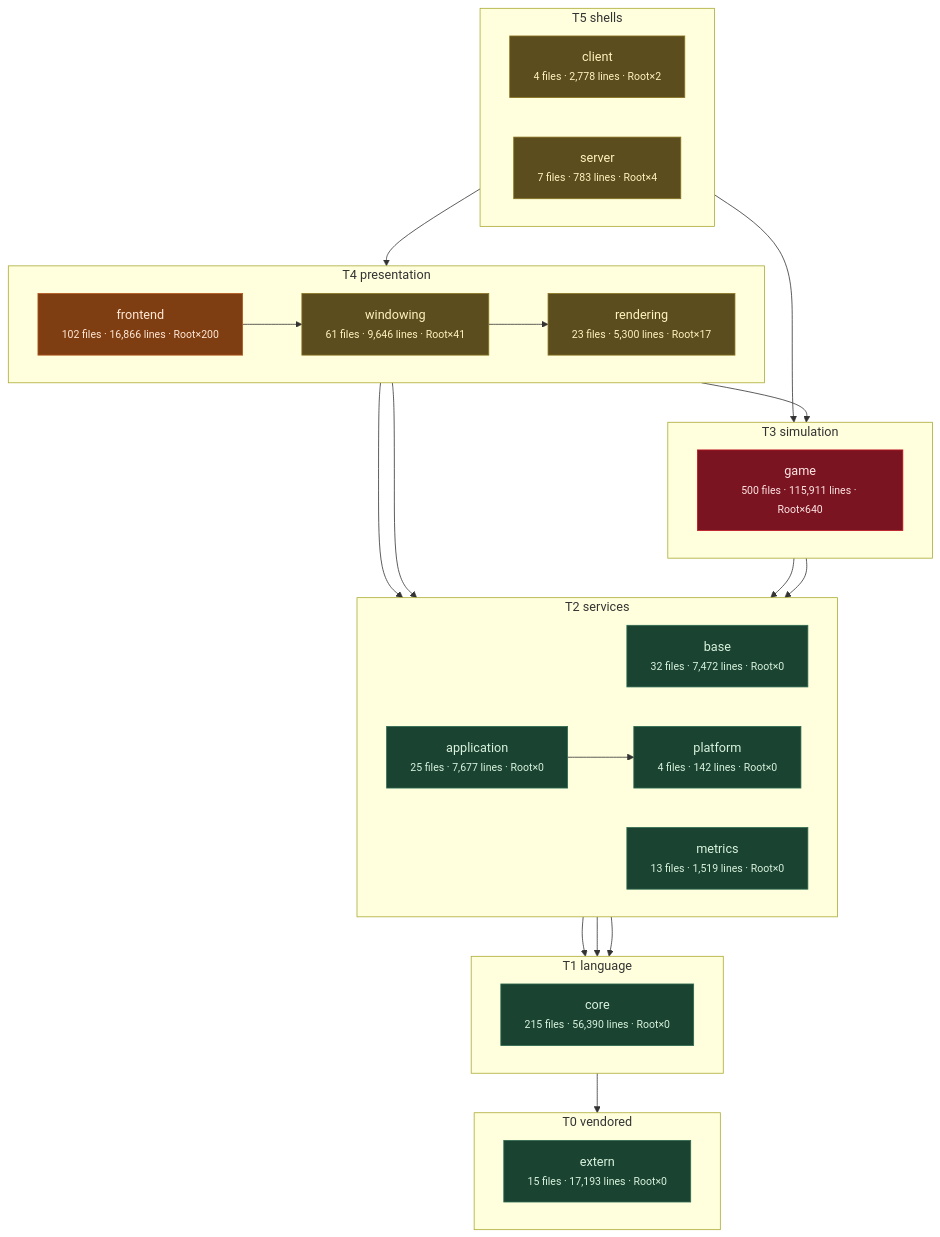
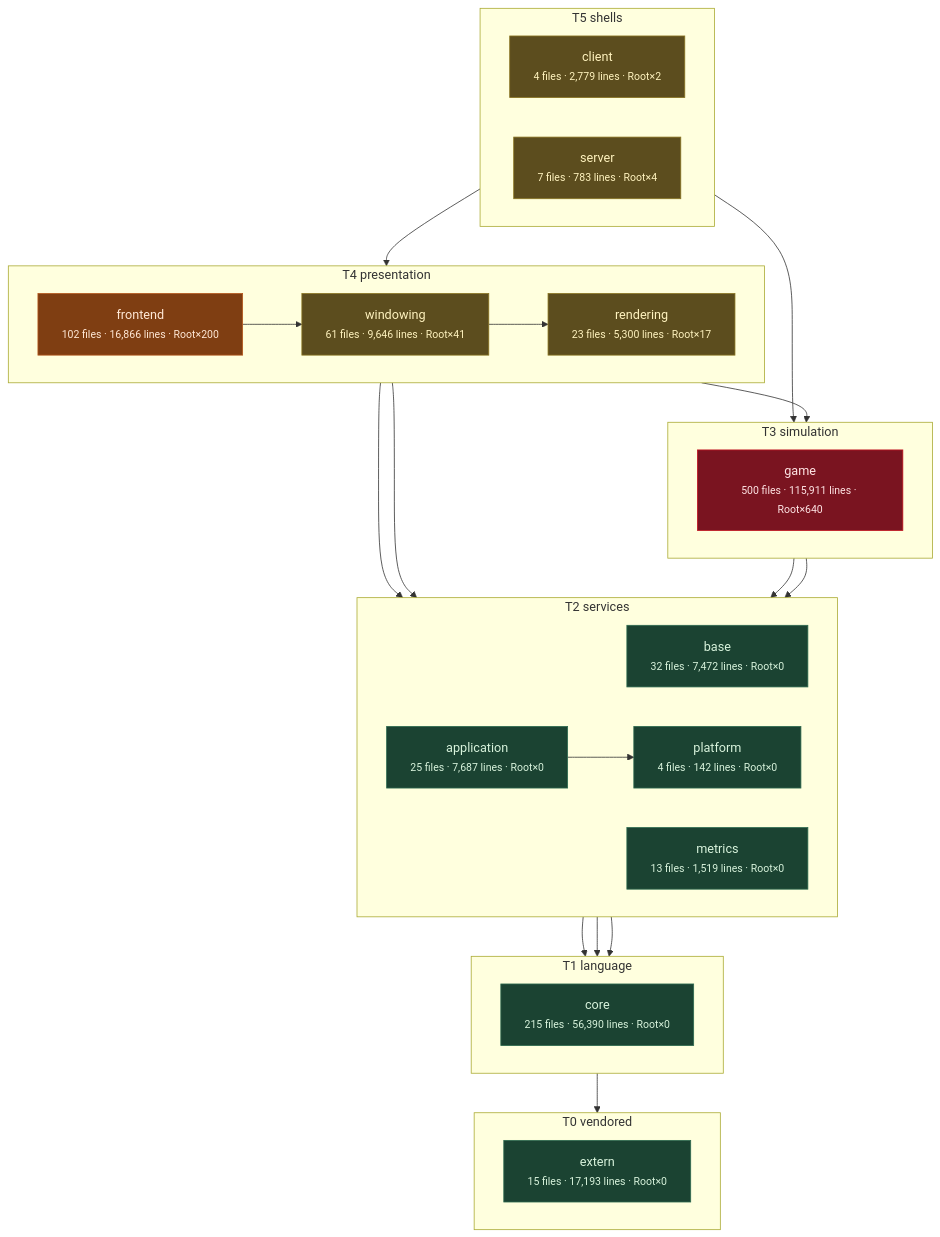
The third of 11 diagrams in docs/architecture/system-boundaries.md (apnex/OpenStarbound), drawn with Mermaid before and after one commit. The commit also changed other lines of this file and 2 other files, not shown here.

````diff
--- a/docs/architecture/system-boundaries.md
+++ b/docs/architecture/system-boundaries.md
@@ -271,55 +271,55 @@
 ```mermaid
 flowchart TD
   subgraph T0["T0 vendored"]
     direction LR
     extern["extern<br/><small>15 files · 17,193 lines · Root×0</small>"]
   end
   subgraph T1["T1 language"]
     direction LR
     core["core<br/><small>215 files · 56,390 lines · Root×0</small>"]
   end
   subgraph T2["T2 services"]
     direction LR
     base["base<br/><small>32 files · 7,472 lines · Root×0</small>"]
     metrics["metrics<br/><small>13 files · 1,519 lines · Root×0</small>"]
     platform["platform<br/><small>4 files · 142 lines · Root×0</small>"]
-    application["application<br/><small>25 files · 7,677 lines · Root×0</small>"]
+    application["application<br/><small>25 files · 7,687 lines · Root×0</small>"]
   end
   subgraph T3["T3 simulation"]
     direction LR
     game["game<br/><small>500 files · 115,911 lines · Root×640</small>"]
   end
   subgraph T4["T4 presentation"]
     direction LR
     rendering["rendering<br/><small>23 files · 5,300 lines · Root×17</small>"]
     windowing["windowing<br/><small>61 files · 9,646 lines · Root×41</small>"]
     frontend["frontend<br/><small>102 files · 16,866 lines · Root×200</small>"]
   end
   subgraph T5["T5 shells"]
     direction LR
-    client["client<br/><small>4 files · 2,778 lines · Root×2</small>"]
+    client["client<br/><small>4 files · 2,779 lines · Root×2</small>"]
     server["server<br/><small>7 files · 783 lines · Root×4</small>"]
   end
   core --> extern
   base --> core
   metrics --> core
   platform --> core
   application --> platform
   game --> base
   game --> platform
   rendering --> application
   rendering --> game
   windowing --> rendering
   frontend --> metrics
   frontend --> windowing
   client --> frontend
   server --> game
   classDef clean fill:#1b4332,stroke:#2d6a4f,color:#d8f3dc
   classDef warm  fill:#5c4d1e,stroke:#8a7420,color:#fff3bf
   classDef hot   fill:#7f3e12,stroke:#b5561b,color:#ffe8d6
   classDef blaze fill:#7a1420,stroke:#c1121f,color:#ffe5e5
   class extern,core,base,metrics,platform,application clean
   class rendering,windowing,client,server warm
   class frontend hot
   class game blaze
 ```
````
